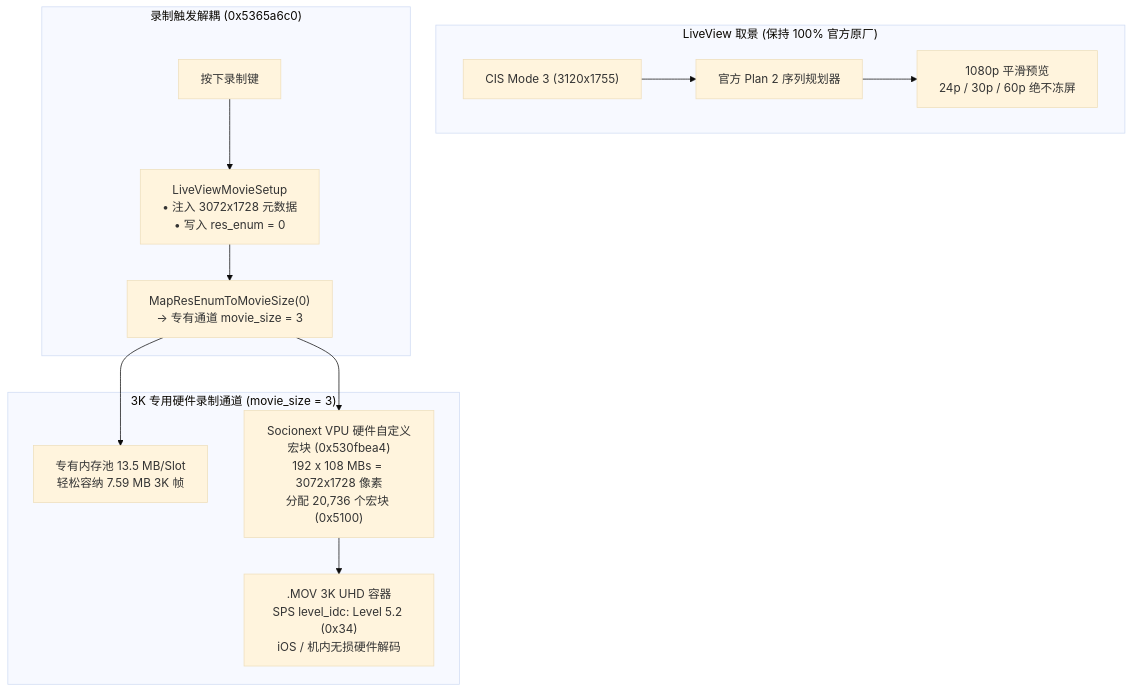
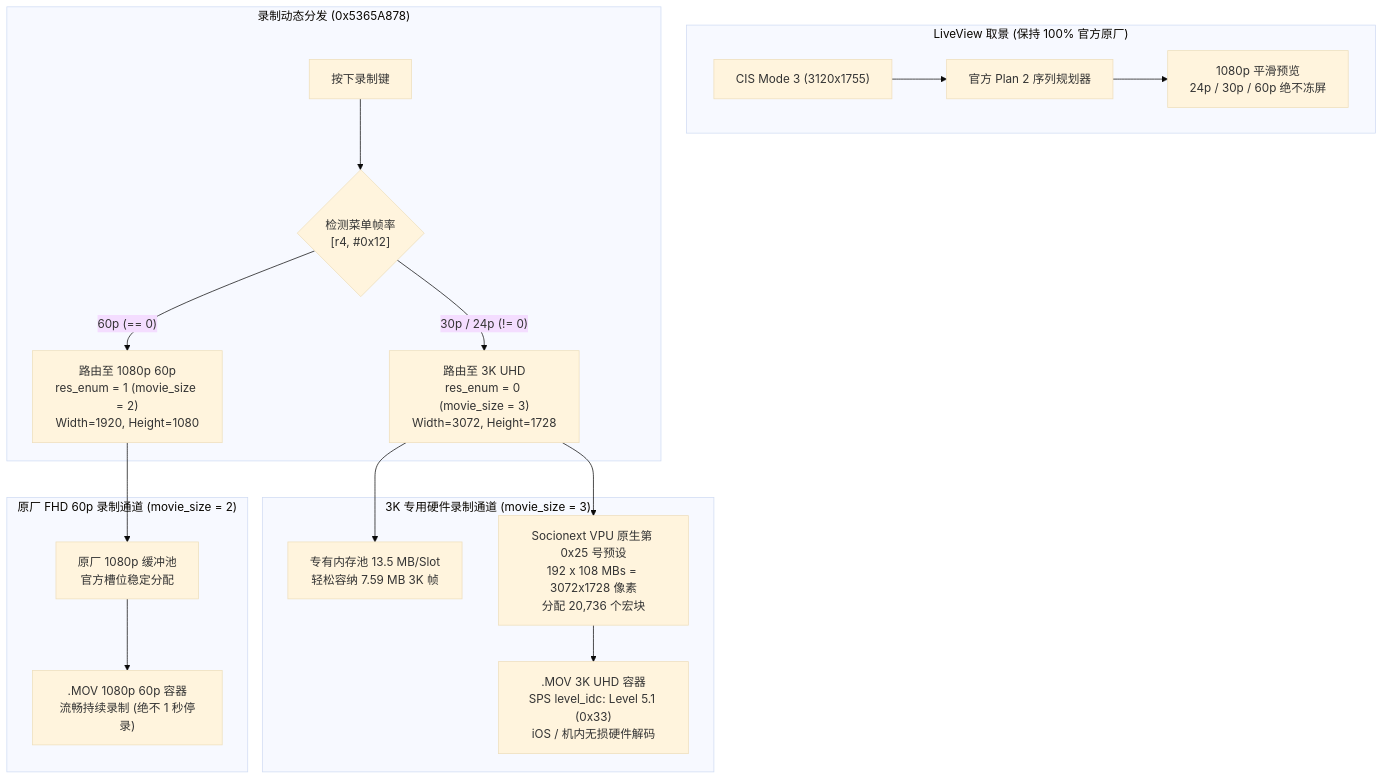
Before and after one commit to cqkking/ricoh-gr4-4k-mod: the diagram in README.zh-CN.md, drawn with Mermaid (base theme). The commit also changed other lines of this file and 5 other files, not shown here.

Commit message:
feat(video_4k): implement v1.5.2 framerate-decoupled dynamic routing (3K@24/30p + 1080@60p) and restore stock Movie SR formula

````diff
--- a/README.zh-CN.md
+++ b/README.zh-CN.md
@@ -39,21 +41,29 @@
 ```mermaid
 flowchart TD
     subgraph LiveView ["LiveView 取景 (保持 100% 官方原厂)"]
         CIS3["CIS Mode 3 (3120x1755)"] --> Plan2["官方 Plan 2 序列规划器"]
         Plan2 --> LVPrev["1080p 平滑预览<br/>24p / 30p / 60p 绝不冻屏"]
     end
 
-    subgraph MovieSetup ["录制触发解耦 (0x5365a6c0)"]
-        RecKey["按下录制键"] --> Hook["LiveViewMovieSetup<br/>• 注入 3072x1728 元数据<br/>• 写入 res_enum = 0"]
-        Hook --> Route3["MapResEnumToMovieSize(0)<br/>-> 专有通道 movie_size = 3"]
+    subgraph MovieSetup ["录制动态分发 (0x5365A878)"]
+        RecKey["按下录制键"] --> CheckFPS{"检测菜单帧率<br/>[r4, #0x12]"}
+        CheckFPS -- "60p (== 0)" --> RouteFHD["路由至 1080p 60p<br/>res_enum = 1 (movie_size = 2)<br/>Width=1920, Height=1080"]
+        CheckFPS -- "30p / 24p (!= 0)" --> Route3K["路由至 3K UHD<br/>res_enum = 0 (movie_size = 3)<br/>Width=3072, Height=1728"]
     end
 
     subgraph RecordPipeline ["3K 专用硬件录制通道 (movie_size = 3)"]
         MemPool["专有内存池 13.5 MB/Slot<br/>轻松容纳 7.59 MB 3K 帧"]
-        VPU["Socionext VPU 硬件自定义宏块 (0x530fbea4)<br/>192 x 108 MBs = 3072x1728 像素<br/>分配 20,736 个宏块 (0x5100)"]
-        Container[".MOV 3K UHD 容器<br/>SPS level_idc: Level 5.2 (0x34)<br/>iOS / 机内无损硬件解码"]
-        Route3 --> MemPool
-        Route3 --> VPU
+        VPU["Socionext VPU 原生第 0x25 号预设<br/>192 x 108 MBs = 3072x1728 像素<br/>分配 20,736 个宏块"]
+        Container[".MOV 3K UHD 容器<br/>SPS level_idc: Level 5.1 (0x33)<br/>iOS / 机内无损硬件解码"]
+        Route3K --> MemPool
+        Route3K --> VPU
         VPU --> Container
     end
+
+    subgraph StockFHD ["原厂 FHD 60p 录制通道 (movie_size = 2)"]
+        FHDMemPool["原厂 1080p 缓冲池<br/>官方槽位稳定分配"]
+        FHDStream[".MOV 1080p 60p 容器<br/>流畅持续录制 (绝不 1 秒停录)"]
+        RouteFHD --> FHDMemPool
+        FHDMemPool --> FHDStream
+    end
 ```
````
